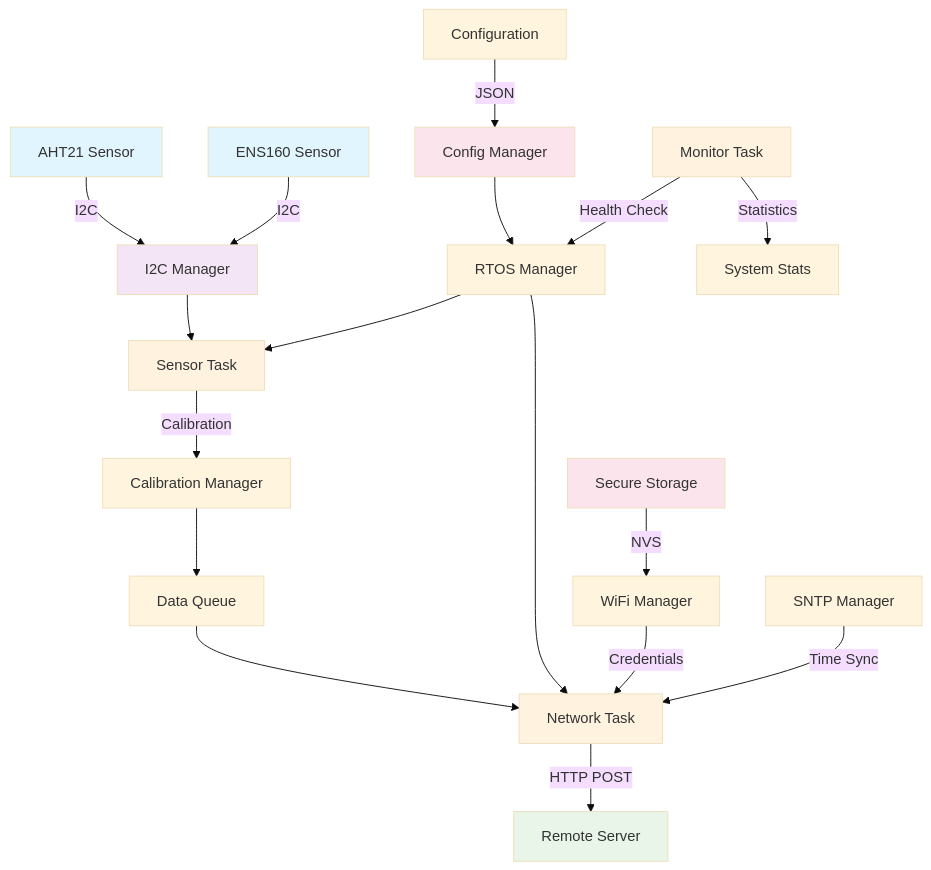
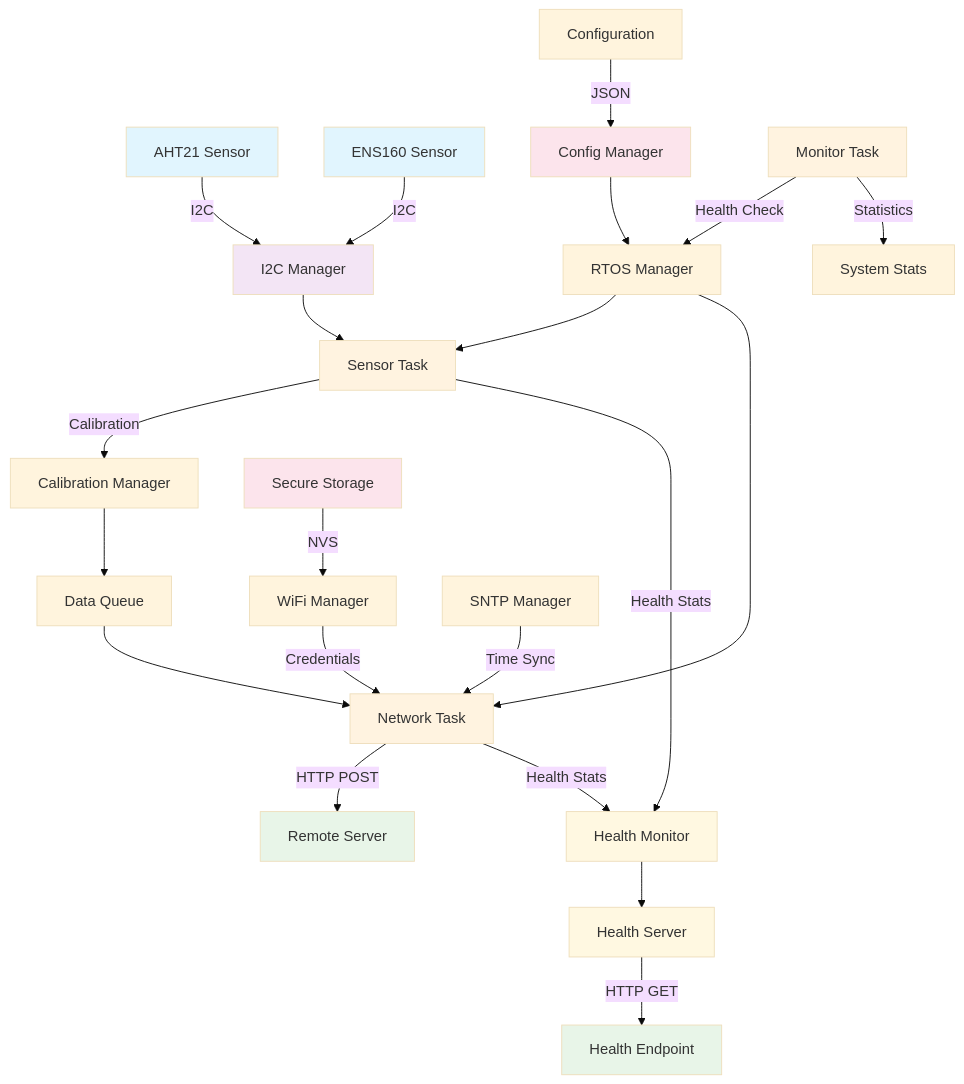
One commit to TimWeber/ESP32-Environmental-Monitor changed the first of 4 diagrams in README.md. Above: the diagram before and after it, drawn with Mermaid (base theme). The commit also changed other lines of this file, not shown here.

````diff
--- a/README.md
+++ b/README.md
@@ -24,33 +31,42 @@
 ```mermaid
 graph TD
     A[AHT21 Sensor] -->|I2C| B[I2C Manager]
     C[ENS160 Sensor] -->|I2C| B
     B --> D[Sensor Task]
     D -->|Calibration| E[Calibration Manager]
     E --> F[Data Queue]
     F --> G[Network Task]
     G -->|HTTP POST| H[Remote Server]
     
     I[Configuration] -->|JSON| J[Config Manager]
     J --> K[RTOS Manager]
     K --> D
     K --> G
     
     L[WiFi Manager] -->|Credentials| G
     M[Secure Storage] -->|NVS| L
     
     N[Monitor Task] -->|Health Check| K
     N -->|Statistics| O[System Stats]
     
     P[SNTP Manager] -->|Time Sync| G
     
+    %% Health Monitoring Components
+    D -->|Health Stats| Q[Health Monitor]
+    G -->|Health Stats| Q
+    Q --> R[Health Server]
+    R -->|HTTP GET| S[Health Endpoint]
+    
     style A fill:#e1f5fe
     style C fill:#e1f5fe
     style B fill:#f3e5f5
     style D fill:#fff3e0
     style G fill:#fff3e0
     style N fill:#fff3e0
     style H fill:#e8f5e8
     style J fill:#fce4ec
     style M fill:#fce4ec
+    style Q fill:#fff8e1
+    style R fill:#fff8e1
+    style S fill:#e8f5e8
 ```
````
